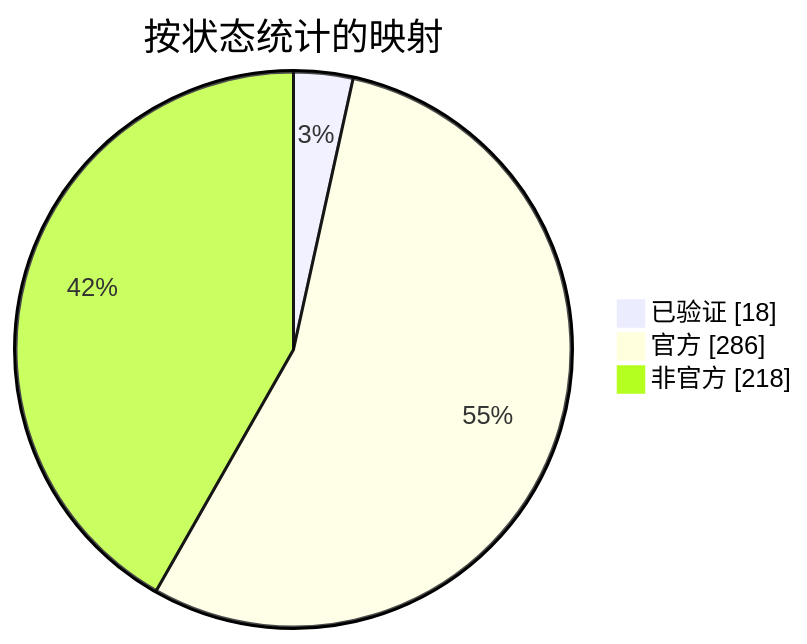
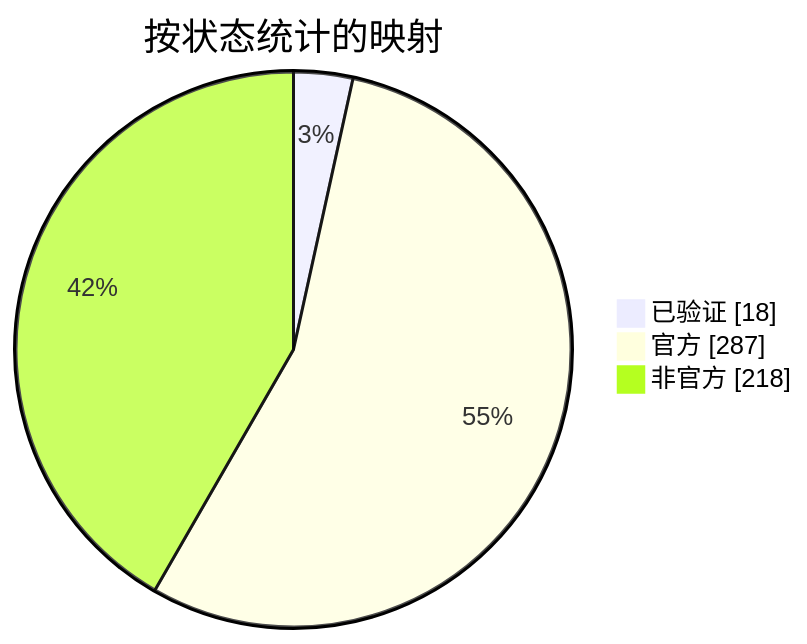
One commit to nobrega8/mbmap-library changed the diagram in docs/readme/README_ZHS.md. Above: the diagram before and after it, drawn with Mermaid. The commit also changed 5 other files, not shown here.

````diff
--- a/docs/readme/README_ZHS.md
+++ b/docs/readme/README_ZHS.md
@@ -54,7 +54,7 @@
 ```mermaid
 pie showData
     title 按状态统计的映射
     "已验证" : 18
-    "官方" : 286
+    "官方" : 287
     "非官方" : 218
 ```
````
